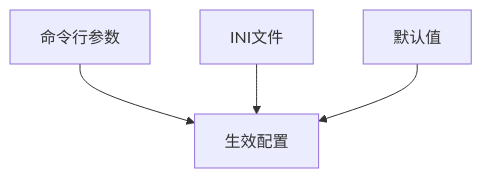
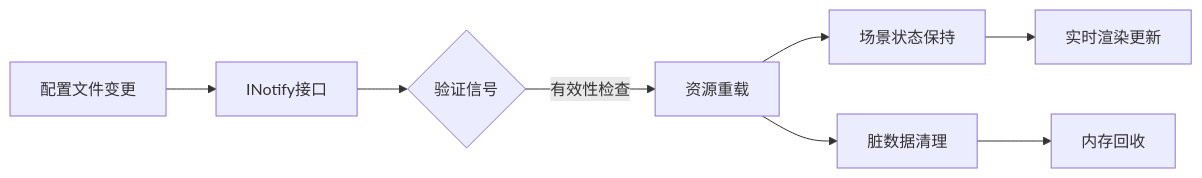
One commit to OpenHUTB/carla_doc changed the third of 7 diagrams in docs/modules/Settings.md. Above: the diagram before and after it, drawn with Mermaid. The commit also changed other lines of this file and 1 other file, not shown here.

````diff
--- a/docs/modules/Settings.md
+++ b/docs/modules/Settings.md
@@ -316,6 +145,10 @@
     ```mermaid
-    graph TD
-    A[命令行参数] --> C[生效配置]
-    B[INI文件] --> C
-    D[默认值] --> C
+    graph LR
+        A[配置文件变更] --> B[INotify接口] 
+        B --> C{验证信号}
+        C -->|有效性检查| D[资源重载]
+        D --> E[场景状态保持]
+        D --> F[脏数据清理]
+        E --> G[实时渲染更新]
+        F --> H[内存回收]
     ```
````
